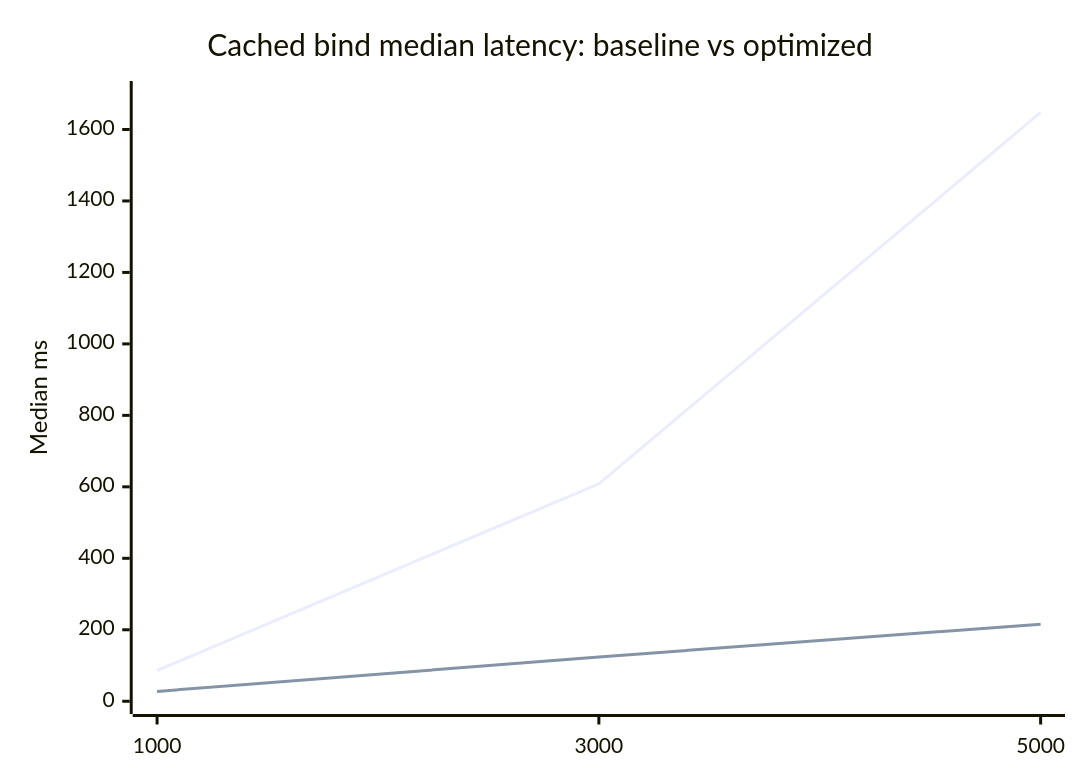
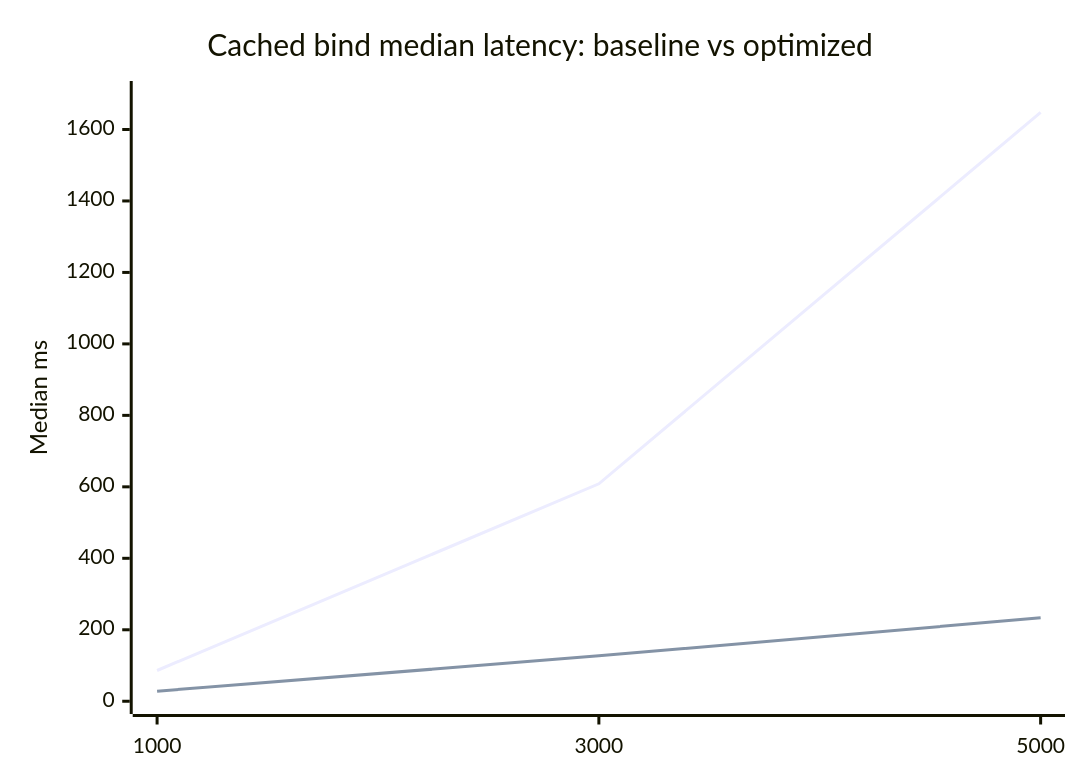
Before and after one commit to robert-sanders-software-ontwikkeling/rs-x: the fifth of 7 diagrams in reports/rsx-spa-performance/README.md, drawn with Mermaid. The commit also changed other lines of this file and 4 other files, not shown here.

````diff
--- a/reports/rsx-spa-performance/README.md
+++ b/reports/rsx-spa-performance/README.md
@@ -108,8 +120,8 @@
 ```mermaid
 xychart-beta
   title "Cached bind median latency: baseline vs optimized"
   x-axis [1000, 3000, 5000]
   y-axis "Median ms" 0 --> 1700
   line [86.051, 608.480, 1647.797]
-  line [27.519, 123.919, 215.733]
+  line [28.126, 127.011, 233.404]
 ```
````
